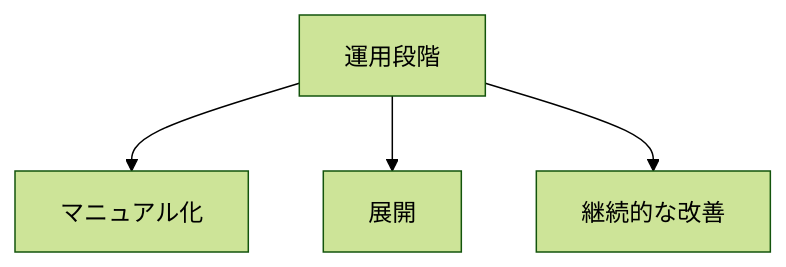
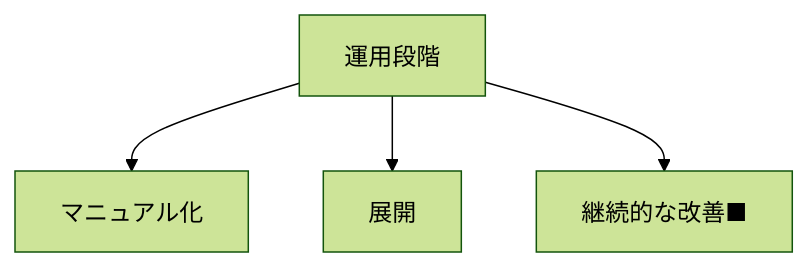
The eighth of 10 diagrams in README.md (SparklingDetergent/doc_genai_Using_Generative_AI_with_Mac_Mini_-Introduction-), drawn with Mermaid (forest theme) before and after one commit. The commit also changed other lines of this file, not shown here.

````diff
--- a/README.md
+++ b/README.md
@@ -125,6 +118,6 @@
 ```mermaid
 graph TD
     A[運用段階] --> B[マニュアル化]
     A --> C[展開]
-    A --> D[継続的な改善]
+    A --> D[継続的な改善■]
 ```
````
